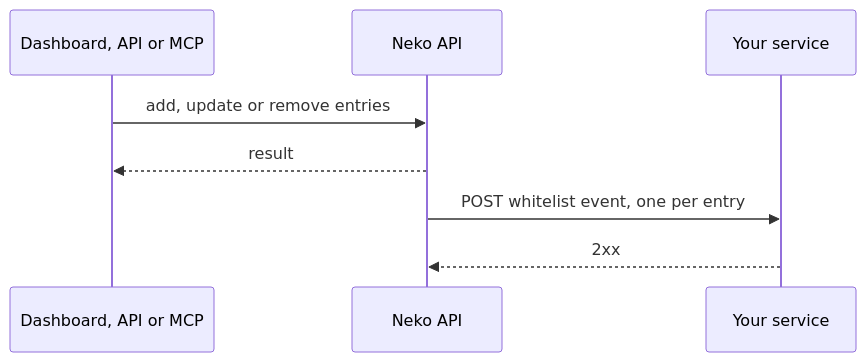
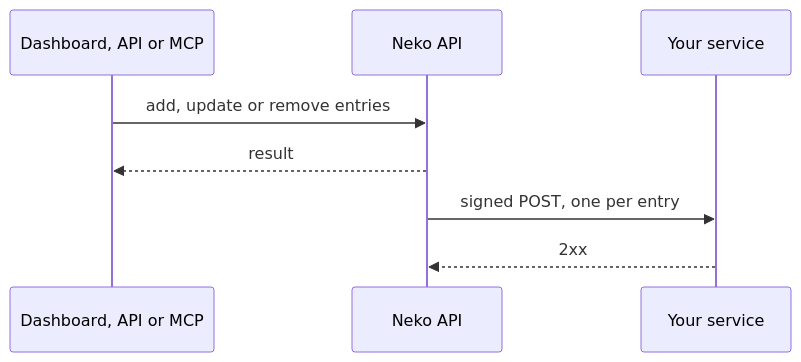
One commit to alice-magic/wiki changed the diagram in en/neko-launcher/whitelist-api.md. Above: the diagram before and after it, drawn with Mermaid. The commit also changed other lines of this file and 5 other files, not shown here.

````diff
--- a/en/neko-launcher/whitelist-api.md
+++ b/en/neko-launcher/whitelist-api.md
@@ -111,10 +148,10 @@
 ```mermaid
 sequenceDiagram
     participant D as Dashboard, API or MCP
     participant N as Neko API
     participant Y as Your service
     D->>N: add, update or remove entries
     N-->>D: result
-    N->>Y: POST whitelist event, one per entry
+    N->>Y: signed POST, one per entry
     Y-->>N: 2xx
 ```
````
